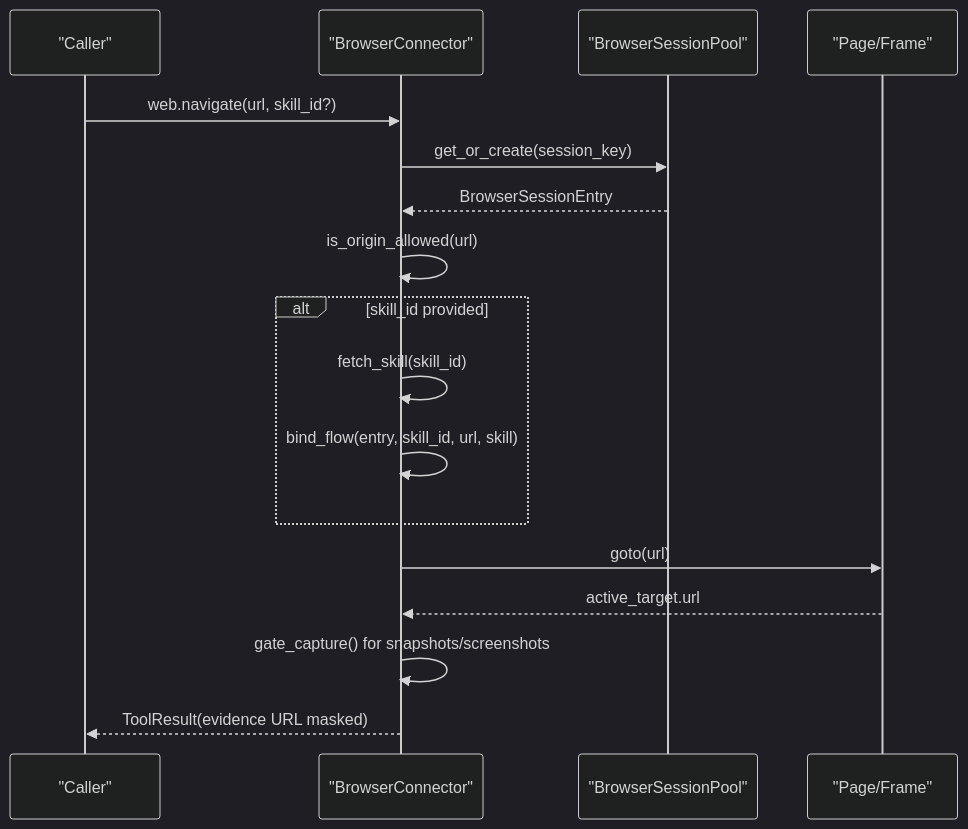
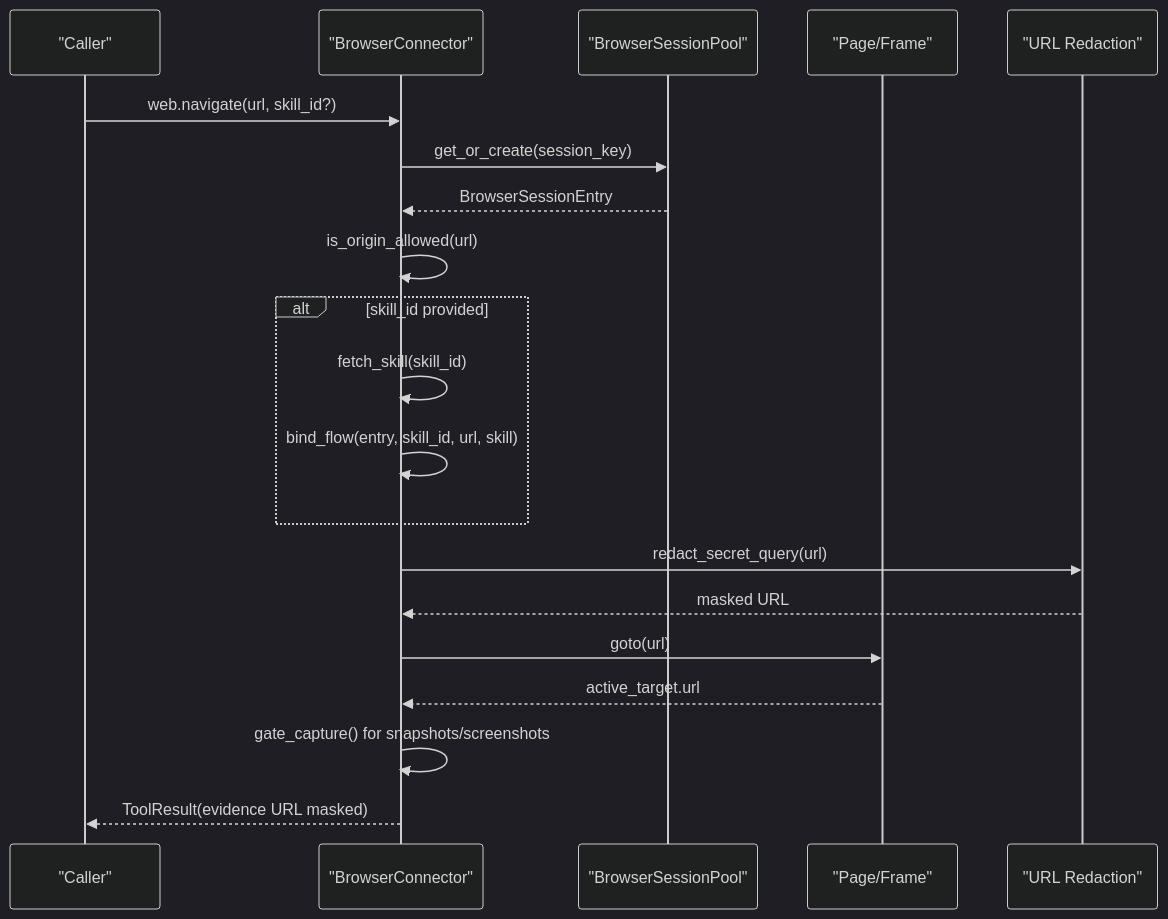
The eighth of 10 diagrams in .qoder/repowiki/en/content/Core Services/Tool Gateway/Tool Gateway.md (metasync/luban-aiops), drawn with Mermaid (dark theme) before and after one commit. The commit also changed other lines of this file and 102 other files, not shown here.

````diff
--- a/.qoder/repowiki/en/content/Core Services/Tool Gateway/Tool Gateway.md
+++ b/.qoder/repowiki/en/content/Core Services/Tool Gateway/Tool Gateway.md
@@ -244,19 +352,22 @@
 ```mermaid
 sequenceDiagram
 participant Caller as "Caller"
 participant Browser as "BrowserConnector"
 participant Pool as "BrowserSessionPool"
 participant Page as "Page/Frame"
+participant UrlRedact as "URL Redaction"
 Caller->>Browser : web.navigate(url, skill_id?)
 Browser->>Pool : get_or_create(session_key)
 Pool-->>Browser : BrowserSessionEntry
 Browser->>Browser : is_origin_allowed(url)
 alt skill_id provided
 Browser->>Browser : fetch_skill(skill_id)
 Browser->>Browser : bind_flow(entry, skill_id, url, skill)
 end
+Browser->>UrlRedact : redact_secret_query(url)
+UrlRedact-->>Browser : masked URL
 Browser->>Page : goto(url)
 Page-->>Browser : active_target.url
 Browser->>Browser : gate_capture() for snapshots/screenshots
 Browser-->>Caller : ToolResult(evidence URL masked)
 ```
````
